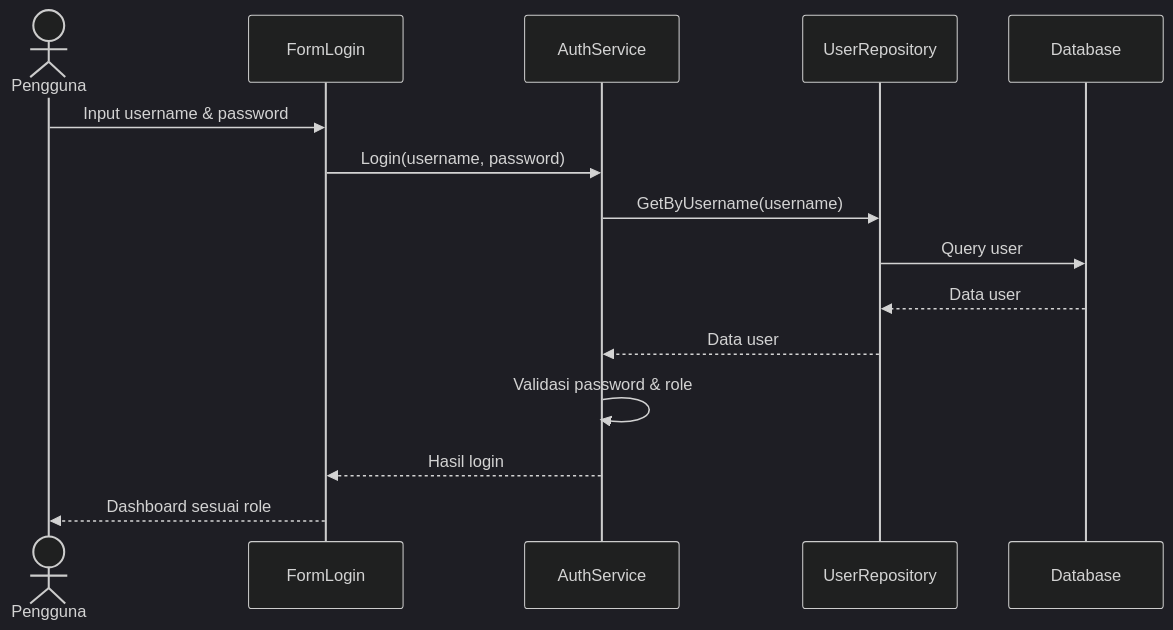
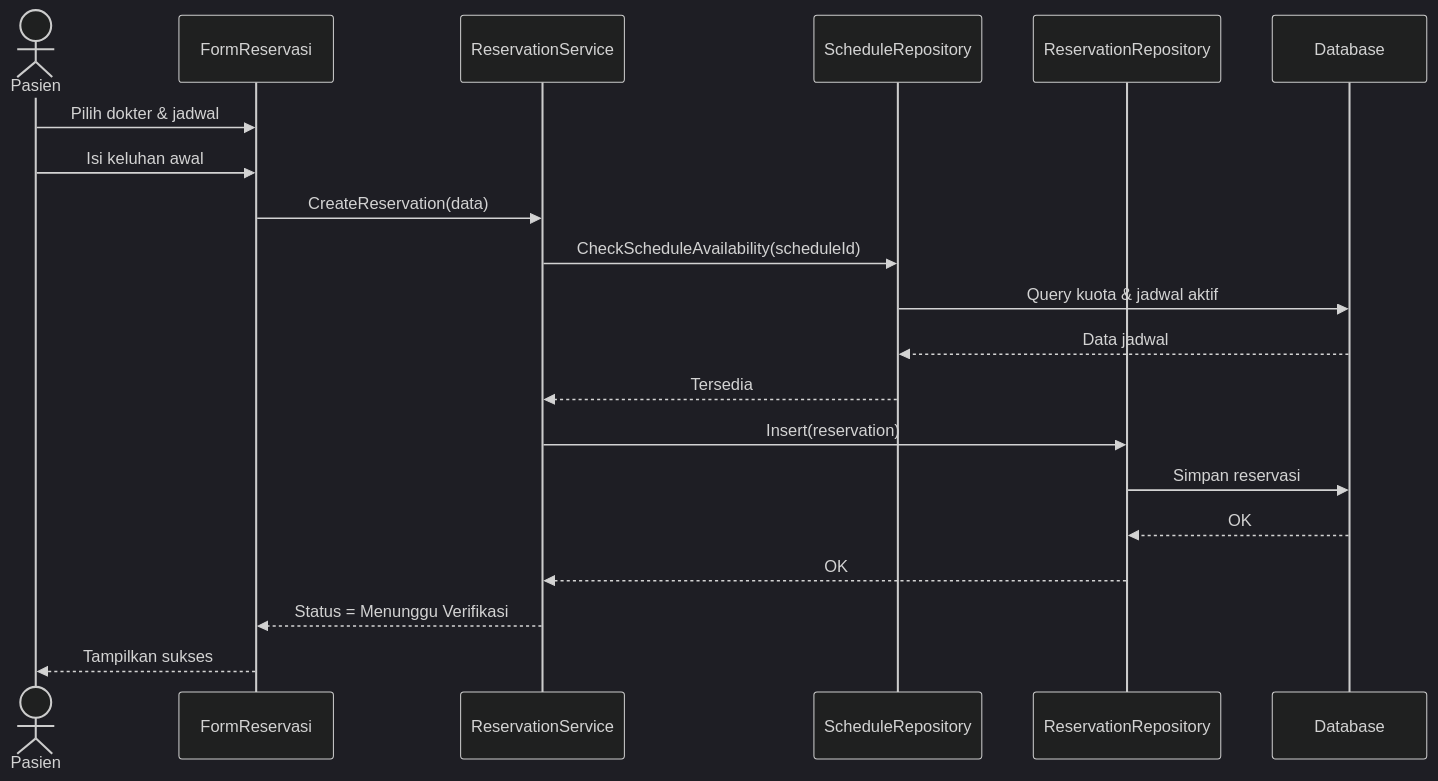
Before and after one commit to Mubax5/Klinik-Sehat: the sixth of 9 diagrams in README.md, drawn with Mermaid (dark theme). The commit also changed other lines of this file, not shown here.

````diff
--- a/README.md
+++ b/README.md
@@ -1197,18 +1537,23 @@
 ```mermaid
 sequenceDiagram
-    actor P as Pengguna
-    participant F as FormLogin
-    participant S as AuthService
-    participant R as UserRepository
+    actor P as Pasien
+    participant F as FormReservasi
+    participant S as ReservationService
+    participant Sch as ScheduleRepository
+    participant R as ReservationRepository
     participant DB as Database
 
-    P->>F: Input username & password
-    F->>S: Login(username, password)
-    S->>R: GetByUsername(username)
-    R->>DB: Query user
-    DB-->>R: Data user
-    R-->>S: Data user
-    S->>S: Validasi password & role
-    S-->>F: Hasil login
-    F-->>P: Dashboard sesuai role
+    P->>F: Pilih dokter & jadwal
+    P->>F: Isi keluhan awal
+    F->>S: CreateReservation(data)
+    S->>Sch: CheckScheduleAvailability(scheduleId)
+    Sch->>DB: Query kuota & jadwal aktif
+    DB-->>Sch: Data jadwal
+    Sch-->>S: Tersedia
+    S->>R: Insert(reservation)
+    R->>DB: Simpan reservasi
+    DB-->>R: OK
+    R-->>S: OK
+    S-->>F: Status = Menunggu Verifikasi
+    F-->>P: Tampilkan sukses
 ```
````
